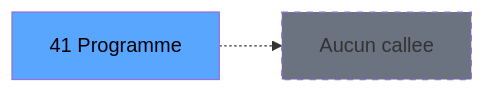
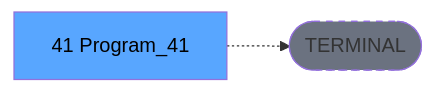
Before and after one commit to thonyAGP/lecteur-magic: the third of 3 diagrams in .openspec/specs/ADH-IDE-41.md, drawn with Mermaid. The commit also changed other lines of this file and 701 other files, not shown here.

````diff
--- a/.openspec/specs/ADH-IDE-41.md
+++ b/.openspec/specs/ADH-IDE-41.md
@@ -120,8 +134,8 @@
 ```mermaid
 graph LR
-    T[41 Programme]
-    NONE[Aucun callee]
-    T -.-> NONE
+    T[41 Program_41]
+    TERM([TERMINAL])
+    T -.-> TERM
+    style TERM fill:#6b7280,stroke-dasharray: 5 5
     style T fill:#58a6ff,color:#000
-    style NONE fill:#6b7280,stroke-dasharray: 5 5
 ```
````
